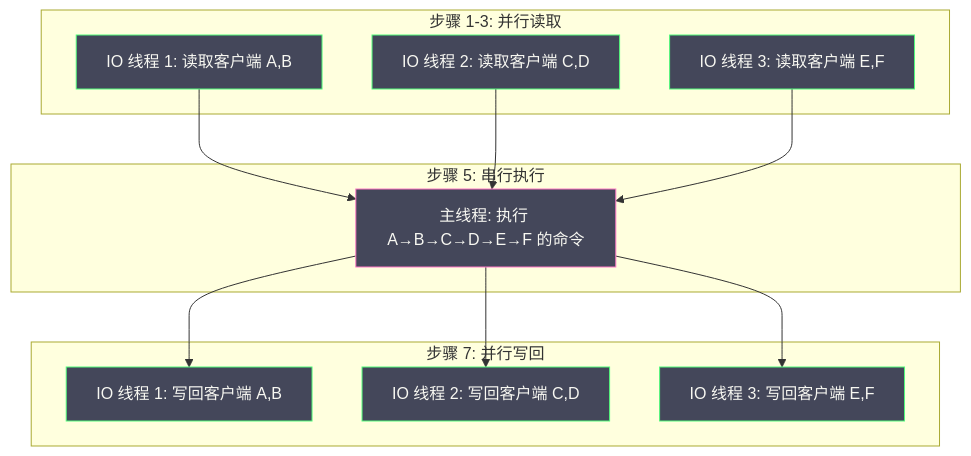
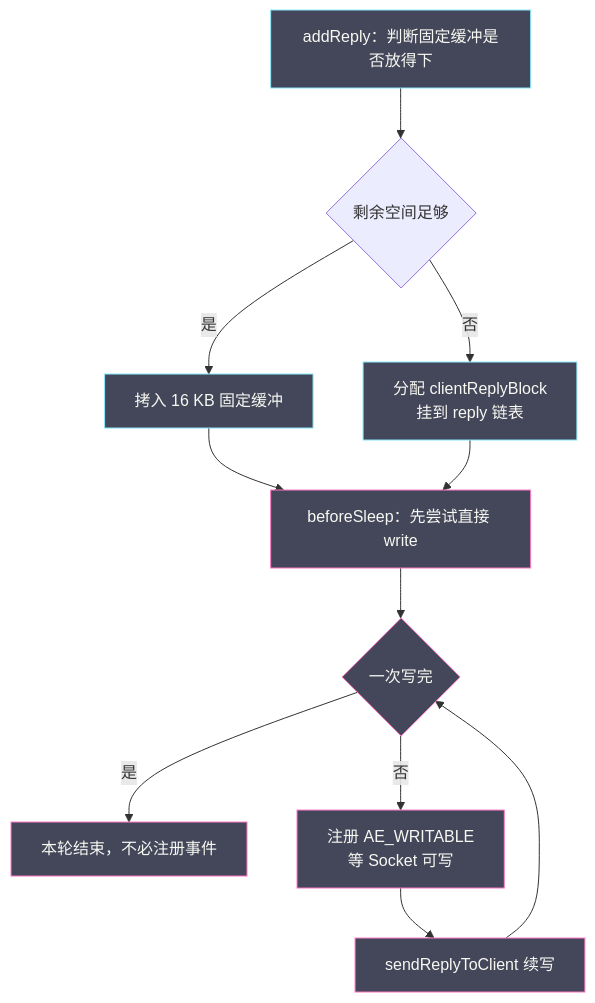
One commit to hpliStartAgain/my-brain changed the fourth of 5 diagrams in content/中间件/Redis/Redis设计与实现/01 Redis 全局架构——一次请求的完整生命周期.md. Above: the diagram before and after it, drawn with Mermaid. The commit also changed other lines of this file and 455 other files, not shown here.

````diff
--- a/content/中间件/Redis/Redis设计与实现/01 Redis 全局架构——一次请求的完整生命周期.md
+++ b/content/中间件/Redis/Redis设计与实现/01 Redis 全局架构——一次请求的完整生命周期.md
@@ -413,32 +454,19 @@
 ```mermaid
 %%{init: {'theme': 'dracula'}}%%
-graph TD
-    subgraph "步骤 1-3: 并行读取"
-        IO_R1["IO 线程 1: 读取客户端 A,B"]
-        IO_R2["IO 线程 2: 读取客户端 C,D"]
-        IO_R3["IO 线程 3: 读取客户端 E,F"]
-    end
+flowchart TD
+    A["addReply：判断固定缓冲是否放得下"] --> B{"剩余空间足够"}
+    B -- 是 --> C["拷入 16 KB 固定缓冲"]
+    B -- 否 --> D["分配 clientReplyBlock<br/>挂到 reply 链表"]
+    C --> E["beforeSleep：先尝试直接 write"]
+    D --> E
+    E --> F{"一次写完"}
+    F -- 是 --> G["本轮结束，不必注册事件"]
+    F -- 否 --> H["注册 AE_WRITABLE<br/>等 Socket 可写"]
+    H --> I["sendReplyToClient 续写"]
+    I --> F
 
-    subgraph "步骤 5: 串行执行"
-        MAIN["主线程: 执行 A→B→C→D→E→F 的命令"]
-    end
-
-    subgraph "步骤 7: 并行写回"
-        IO_W1["IO 线程 1: 写回客户端 A,B"]
-        IO_W2["IO 线程 2: 写回客户端 C,D"]
-        IO_W3["IO 线程 3: 写回客户端 E,F"]
-    end
-
-    IO_R1 --> MAIN
-    IO_R2 --> MAIN
-    IO_R3 --> MAIN
-    MAIN --> IO_W1
-    MAIN --> IO_W2
-    MAIN --> IO_W3
-
-    classDef io fill:#44475a,stroke:#50fa7b,color:#f8f8f2
-    classDef main fill:#44475a,stroke:#ff79c6,color:#f8f8f2
-
-    class IO_R1,IO_R2,IO_R3,IO_W1,IO_W2,IO_W3 io
-    class MAIN main
+    classDef buf fill:#44475a,stroke:#8be9fd,color:#f8f8f2
+    classDef io fill:#44475a,stroke:#ff79c6,color:#f8f8f2
+    class A,C,D buf
+    class E,F,G,H,I io
 ```
````
